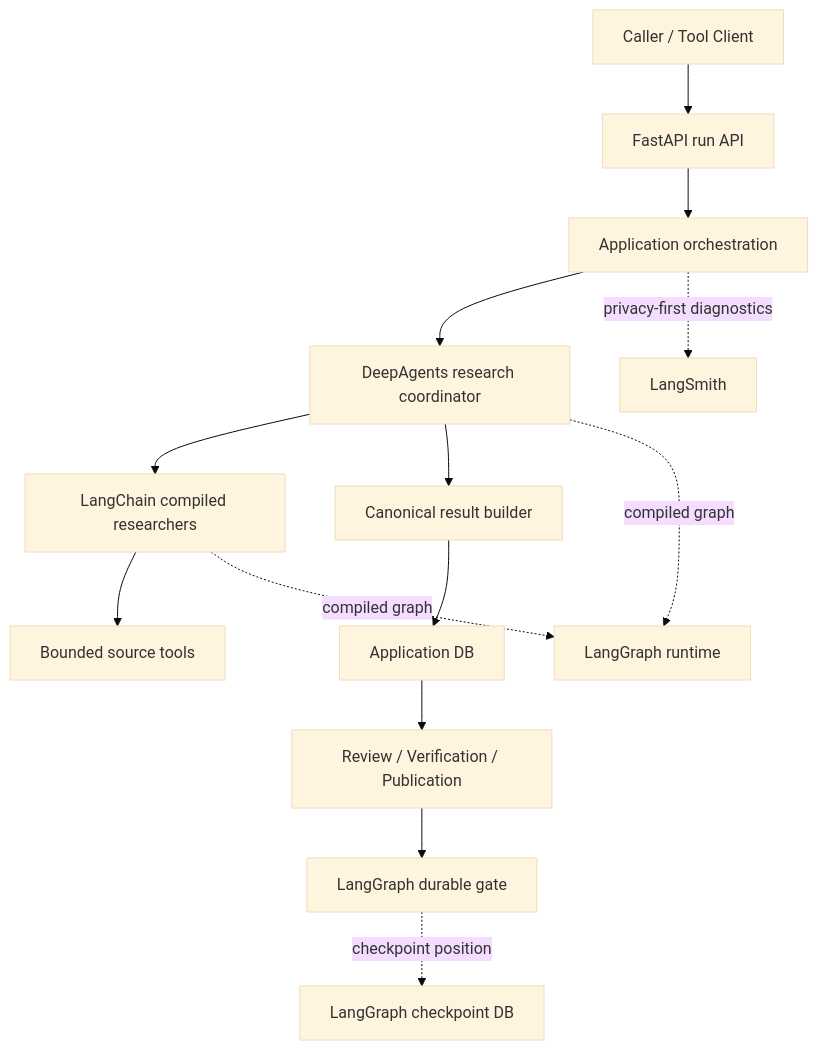
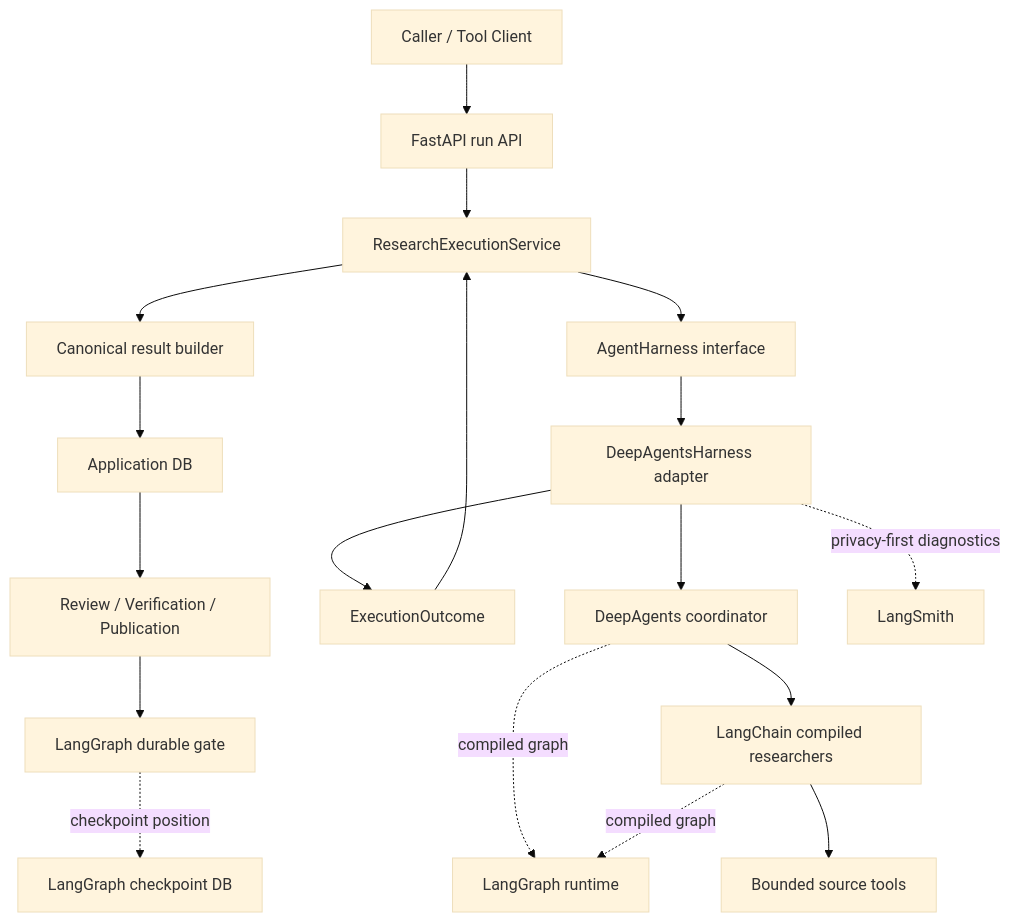
One commit to iTao-AI/deep-search-agent changed the first of 2 diagrams in docs/superpowers/specs/2026-06-25-v0-1-0-canonical-runtime-release-design.md. Above: the diagram before and after it, drawn with Mermaid (base theme). The commit also changed other lines of this file, not shown here.

First line of the commit message:
docs(architecture): adopt DeepAgents-native harness

````diff
--- a/docs/superpowers/specs/2026-06-25-v0-1-0-canonical-runtime-release-design.md
+++ b/docs/superpowers/specs/2026-06-25-v0-1-0-canonical-runtime-release-design.md
@@ -171,16 +227,20 @@
 ```mermaid
 flowchart TD
     Caller["Caller / Tool Client"] --> API["FastAPI run API"]
-    API --> App["Application orchestration"]
-    App --> Coordinator["DeepAgents research coordinator"]
+    API --> App["ResearchExecutionService"]
+    App --> Port["AgentHarness interface"]
+    Port --> Adapter["DeepAgentsHarness adapter"]
+    Adapter --> Coordinator["DeepAgents coordinator"]
     Coordinator --> Researchers["LangChain compiled researchers"]
     Researchers --> Tools["Bounded source tools"]
-    Coordinator --> Result["Canonical result builder"]
+    Adapter --> Outcome["ExecutionOutcome"]
+    Outcome --> App
+    App --> Result["Canonical result builder"]
     Result --> Ledger["Application DB"]
     Ledger --> Review["Review / Verification / Publication"]
     Review --> Gate["LangGraph durable gate"]
     Coordinator -. compiled graph .-> Runtime["LangGraph runtime"]
     Researchers -. compiled graph .-> Runtime
     Gate -. checkpoint position .-> Checkpoint["LangGraph checkpoint DB"]
-    App -. privacy-first diagnostics .-> Trace["LangSmith"]
+    Adapter -. privacy-first diagnostics .-> Trace["LangSmith"]
 ```
````
